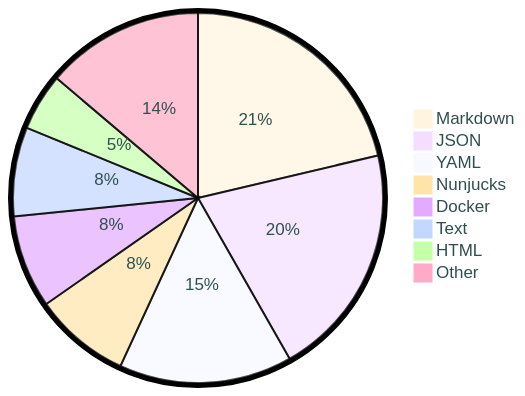
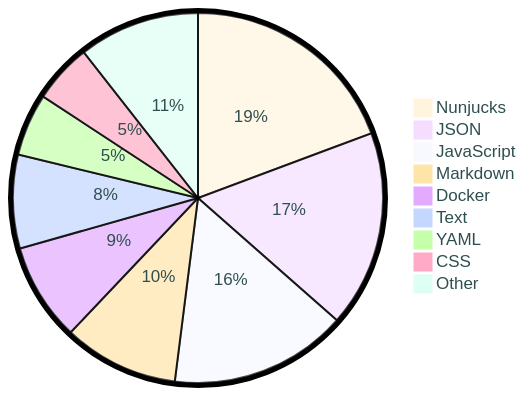
One commit to tot0p/tot0p changed the diagram in README.md. Above: the diagram before and after it, drawn with Mermaid. The commit also changed other lines of this file, not shown here.

````diff
--- a/README.md
+++ b/README.md
@@ -129,12 +130,13 @@
 ```mermaid
 %%{init: {"pie": {"textPosition": 0.5}, "themeVariables": {"pieOuterStrokeWidth": "5px","primaryTextColor" : "#2F4F4F"},"theme":"base"} }%%
 pie
-	"Markdown": 21.31
-	"JSON": 20.45
-	"YAML": 15.13
-	"Nunjucks": 8.41
-	"Docker": 8.12
-	"Text": 7.78
-	"HTML": 5.0
-	"Other": 13.809999999999999
+	"Nunjucks": 19.32
+	"JSON": 17.17
+	"JavaScript": 15.52
+	"Markdown": 10.07
+	"Docker": 8.53
+	"Text": 8.17
+	"YAML": 5.46
+	"CSS": 5.19
+	"Other": 10.58
 ```
````
